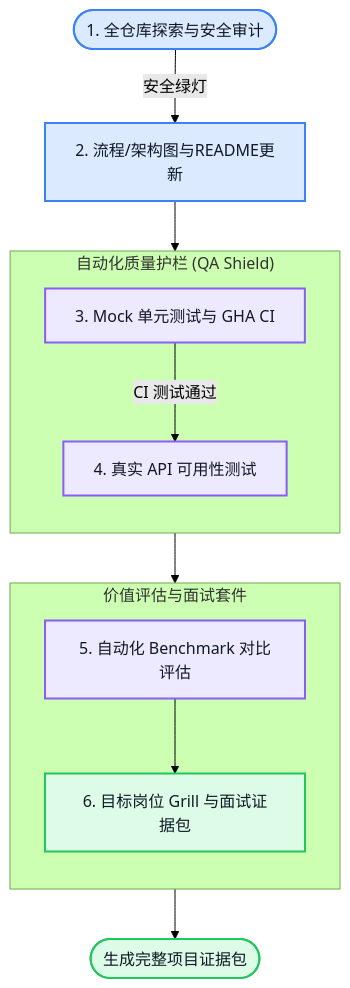
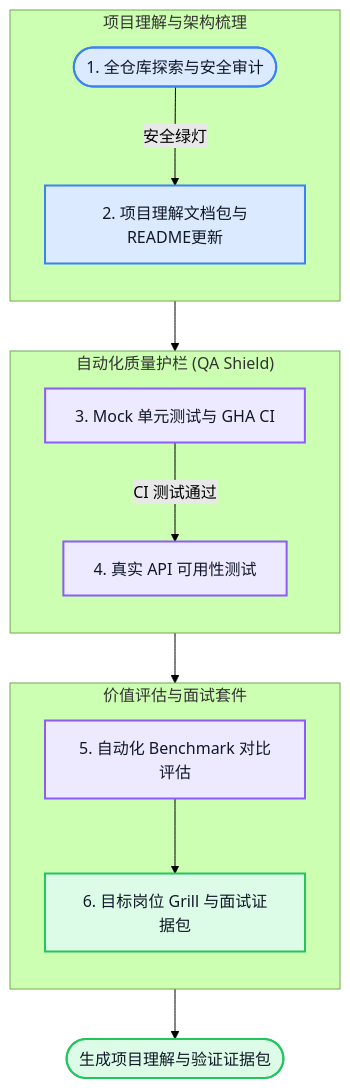
Before and after one commit to Conradgui/project-verifier-skill: the diagram in README.md, drawn with Mermaid (forest theme). The commit also changed other lines of this file and 10 other files, not shown here.

````diff
--- a/README.md
+++ b/README.md
@@ -24,41 +24,47 @@
 ```mermaid
 flowchart TD
     %% Node Definitions
     START([1. 全仓库探索与安全审计])
-    DIAGRAMS[2. 流程/架构图与README更新]
+    DIAGRAMS[2. 项目理解文档包与README更新]
     MOCK_TESTS[3. Mock 单元测试与 GHA CI]
     REAL_E2E[4. 真实 API 可用性测试]
     BENCHMARK[5. 自动化 Benchmark 对比评估]
     INTERVIEW[6. 目标岗位 Grill 与面试证据包]
-    END([生成完整项目证据包])
+    END([生成项目理解与验证证据包])
 
     %% Connection Links
     START -->|安全绿灯| DIAGRAMS
     DIAGRAMS --> MOCK_TESTS
     MOCK_TESTS -->|CI 测试通过| REAL_E2E
     REAL_E2E --> BENCHMARK
     BENCHMARK --> INTERVIEW
     INTERVIEW --> END
 
     %% Subgraphs
+    subgraph STAGE_UNDERSTAND["项目理解与架构梳理"]
+        direction TB
+        START
+        DIAGRAMS
+    end
+
     subgraph STAGE_QA["自动化质量护栏 (QA Shield)"]
         direction TB
         MOCK_TESTS
         REAL_E2E
     end
 
     subgraph STAGE_EVAL["价值评估与面试套件"]
         direction TB
         BENCHMARK
         INTERVIEW
     end
 
     %% Class Defs & Styling
     classDef main fill:#dbeafe,stroke:#3b82f6,color:#111827,stroke-width:2px
     classDef harness fill:#ede9fe,stroke:#8b5cf6,color:#111827,stroke-width:2px
     classDef success fill:#dcfce7,stroke:#22c55e,color:#111827,stroke-width:2px
     
     class START,DIAGRAMS main
     class MOCK_TESTS,REAL_E2E,BENCHMARK harness
     class INTERVIEW,END success
 ```
````
